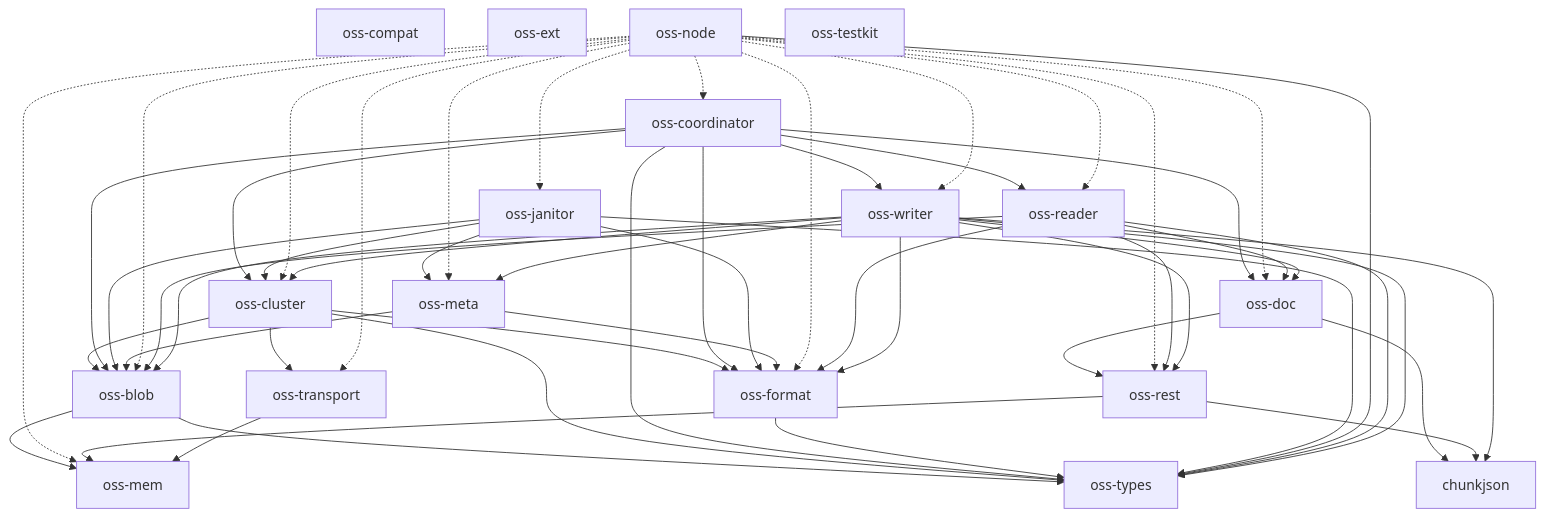
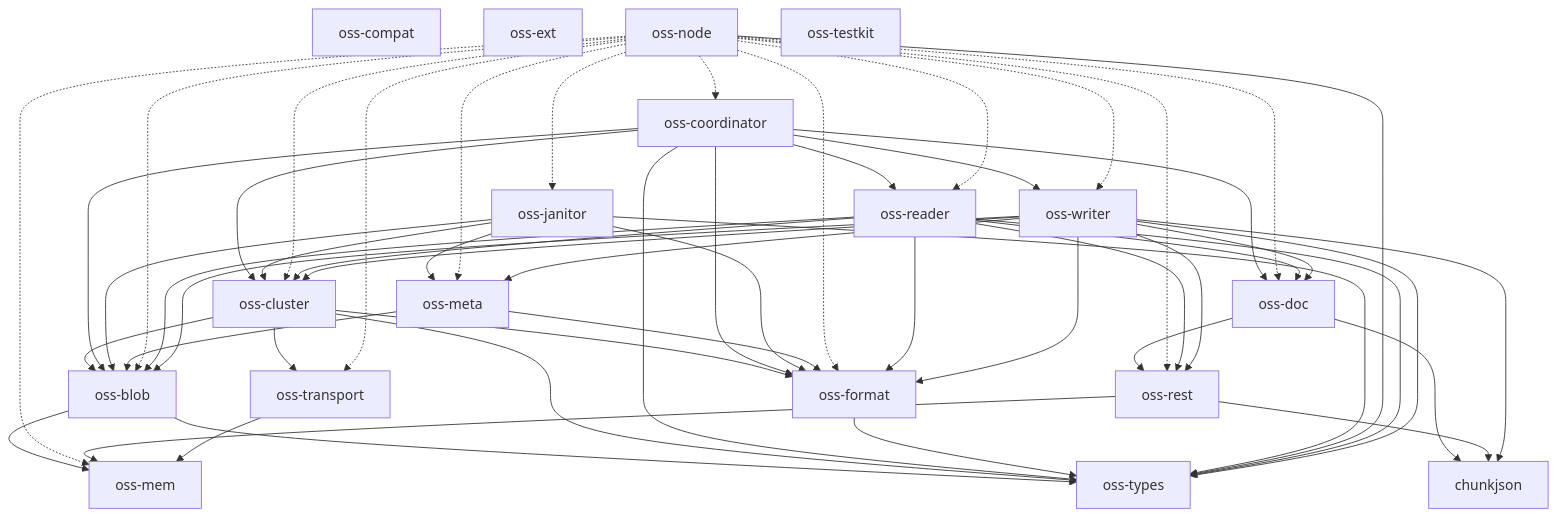
The diagram in docs/architecture.md (huyz0/opensearch-serverless), drawn with Mermaid before and after one commit. The commit also changed 22 other files, not shown here.

````diff
--- a/docs/architecture.md
+++ b/docs/architecture.md
@@ -10,61 +10,62 @@
 ```mermaid
 graph TD
     chunkjson
     oss-blob --> oss-mem
     oss-blob --> oss-types
     oss-cluster --> oss-blob
     oss-cluster --> oss-format
     oss-cluster --> oss-transport
     oss-cluster --> oss-types
     oss-compat
     oss-coordinator --> oss-blob
     oss-coordinator --> oss-cluster
     oss-coordinator --> oss-doc
     oss-coordinator --> oss-format
     oss-coordinator --> oss-reader
     oss-coordinator --> oss-types
     oss-coordinator --> oss-writer
     oss-doc --> chunkjson
     oss-doc --> oss-rest
     oss-ext
     oss-format --> oss-types
     oss-janitor --> oss-blob
     oss-janitor --> oss-cluster
     oss-janitor --> oss-format
     oss-janitor --> oss-meta
     oss-janitor --> oss-types
     oss-mem
     oss-meta --> oss-blob
     oss-meta --> oss-format
     oss-node -.-> oss-blob
     oss-node -.-> oss-cluster
     oss-node -.-> oss-coordinator
     oss-node -.-> oss-doc
     oss-node -.-> oss-format
     oss-node -.-> oss-janitor
     oss-node -.-> oss-mem
     oss-node -.-> oss-meta
     oss-node -.-> oss-reader
     oss-node -.-> oss-rest
     oss-node -.-> oss-transport
     oss-node --> oss-types
     oss-node -.-> oss-writer
     oss-reader --> oss-blob
+    oss-reader --> oss-cluster
     oss-reader --> oss-doc
     oss-reader --> oss-format
     oss-reader --> oss-rest
     oss-reader --> oss-types
     oss-rest --> chunkjson
     oss-rest --> oss-mem
     oss-testkit
     oss-transport --> oss-mem
     oss-types
     oss-writer --> chunkjson
     oss-writer --> oss-blob
     oss-writer --> oss-cluster
     oss-writer --> oss-doc
     oss-writer --> oss-format
     oss-writer --> oss-meta
     oss-writer --> oss-rest
     oss-writer --> oss-types
 ```
````
